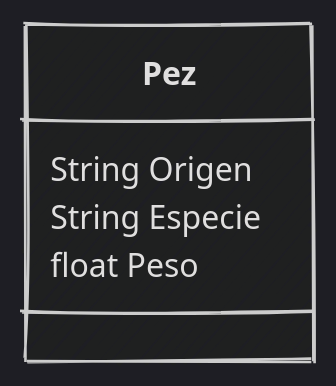
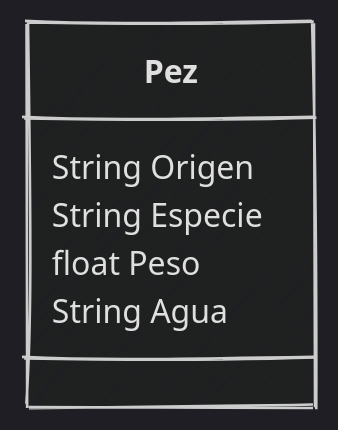
One commit to python-la-paz/python-study-group-oop changed the eighth of 8 diagrams in content/sesion02/Readme.md. Above: the diagram before and after it, drawn with Mermaid. The commit also changed other lines of this file, not shown here.

````diff
--- a/content/sesion02/Readme.md
+++ b/content/sesion02/Readme.md
@@ -1063,9 +992,10 @@
 ```mermaid
 %%{init: {"theme": "dark", "look": "handDrawn" }}%%
 classDiagram
     class Pez {
         String Origen
         String Especie
         float Peso
+        String Agua
     }
 ```
````
